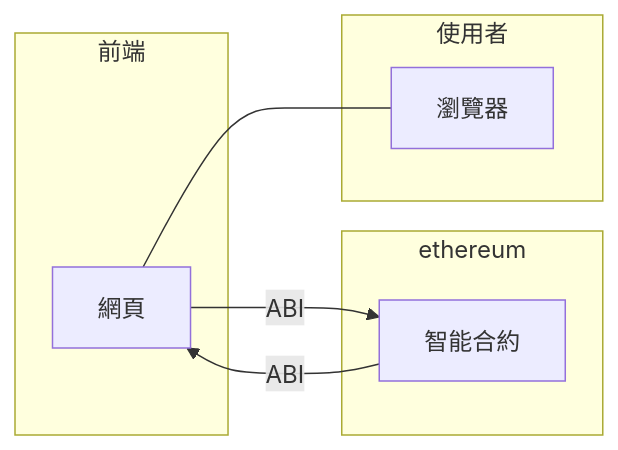
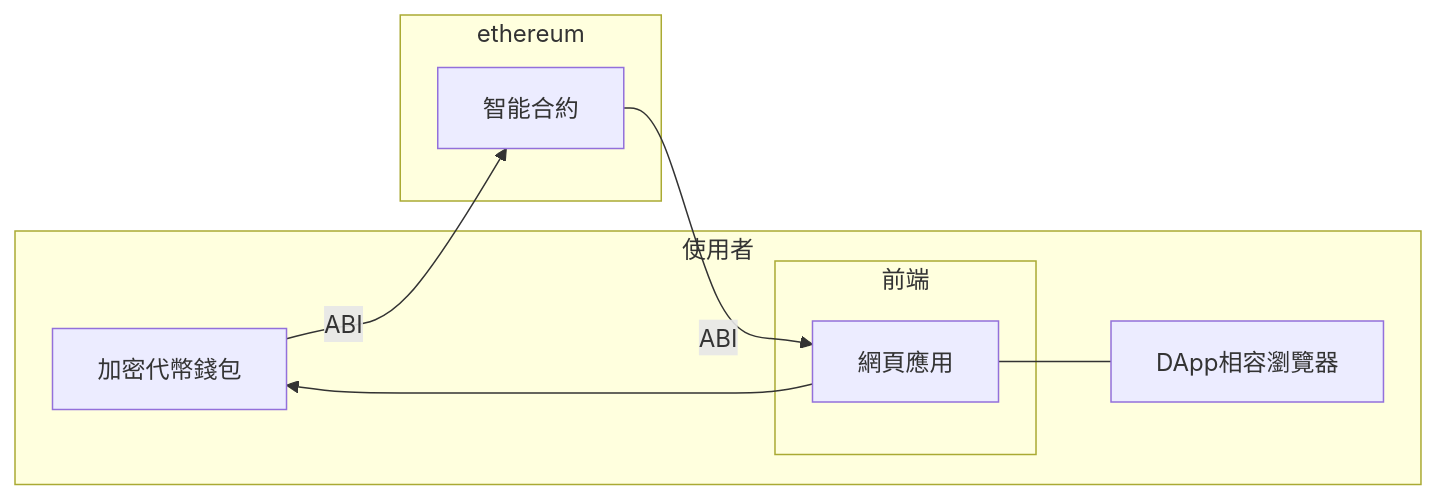
One commit to gasolin/learndapp changed the first of 3 diagrams in dapp-with-create-react-app.md. Above: the diagram before and after it, drawn with Mermaid. The commit also changed other lines of this file, not shown here.

Commit message:
update diagram

```diff
--- a/dapp-with-create-react-app.md
+++ b/dapp-with-create-react-app.md
@@ -5,19 +5,20 @@
 {% mermaid %}
 graph LR
 
+subgraph 使用者
+瀏覽器[DApp相容瀏覽器]
+加密代幣錢包
 subgraph 前端
-網頁[網頁]
+網頁[網頁應用]
+end
 end
 
 subgraph ethereum
 Contract[智能合約]
 end
 
-subgraph 使用者
-瀏覽器
-end
-
+網頁 --> 加密代幣錢包
+加密代幣錢包 -- ABI --> Contract
+Contract -- ABI --> 網頁
 網頁 --- 瀏覽器
-Contract -- ABI --> 網頁
-網頁 -- ABI --> Contract
 {% endmermaid %}
```
